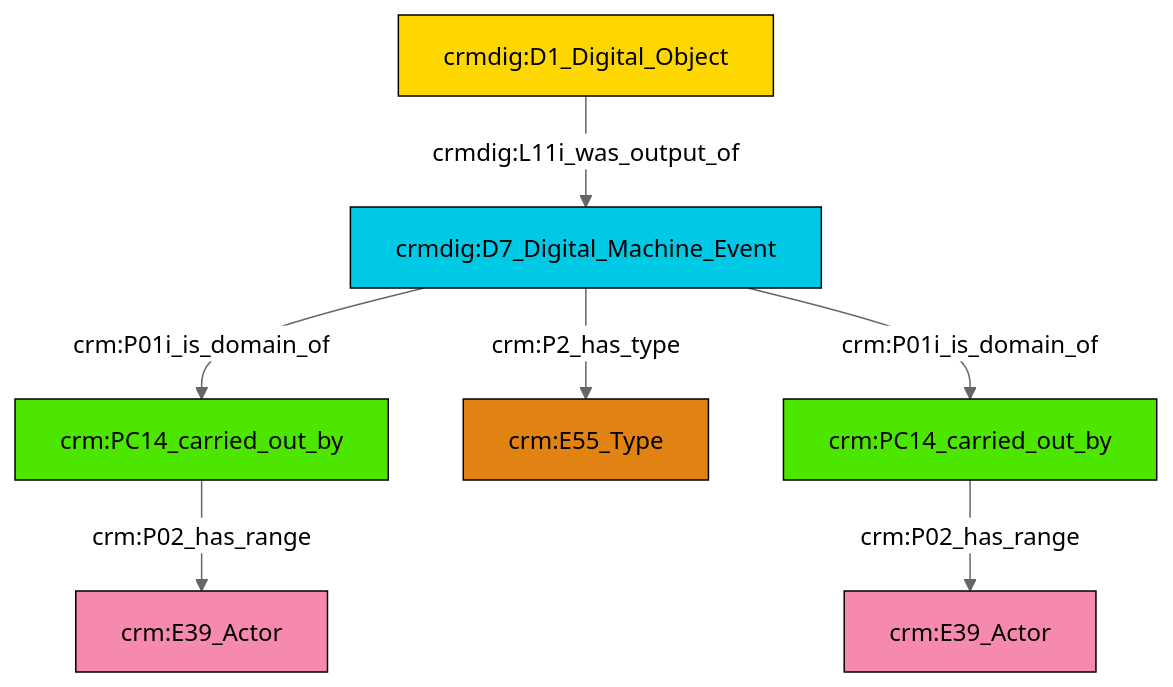
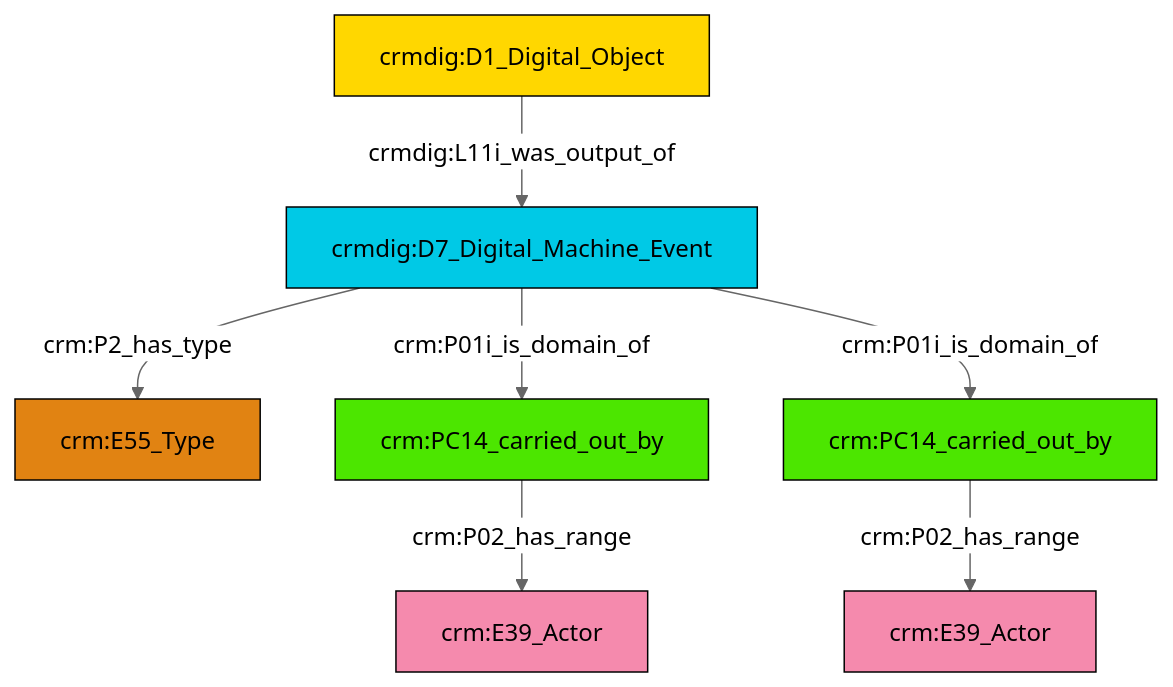
Before and after one commit to swiss-art-research-net/docs.swissartresearch: the diagram in et/doCSV/ttl/mmd/do_actor_relations.ttl.mmd, drawn with Mermaid (neutral theme). The commit also changed 175 other files, not shown here.

```diff
--- a/et/doCSV/ttl/mmd/do_actor_relations.ttl.mmd
+++ b/et/doCSV/ttl/mmd/do_actor_relations.ttl.mmd
@@ -1,21 +1,21 @@
 graph TD
 classDef Literal fill:#f2f2f2,stroke:#000000;
 classDef CRM_Entity fill:#FFFFFF,stroke:#000000;
 classDef Temporal_Entity fill:#00C9E6, stroke:#000000;
 classDef Type fill:#E18312, stroke:#000000;
 classDef Time-Span fill:#2C9C91, stroke:#000000;
 classDef Appellation fill:#FFEB7F, stroke:#000000;
 classDef Place fill:#008836, stroke:#000000;
 classDef Persistent_Item fill:#B266B2, stroke:#000000;
 classDef Conceptual_Object fill:#FFD700, stroke:#000000;
 classDef Physical_Thing fill:#D2B48C, stroke:#000000;
 classDef Actor fill:#f58aad, stroke:#000000;
 classDef PC_Classes fill:#4ce600, stroke:#000000;
 classDef Multi fill:#cccccc,stroke:#000000;
 
-2["crmdig:D1_Digital_Object"]:::Conceptual_Object -->|crmdig:L11i_was_output_of| 3["crmdig:D7_Digital_Machine_Event"]:::Temporal_Entity
-12["crm:PC14_carried_out_by"]:::PC_Classes -->|crm:P02_has_range| 8["crm:E39_Actor"]:::Actor
-3["crmdig:D7_Digital_Machine_Event"]:::Temporal_Entity -->|crm:P01i_is_domain_of| 4["crm:PC14_carried_out_by"]:::PC_Classes
-3["crmdig:D7_Digital_Machine_Event"]:::Temporal_Entity -->|crm:P01i_is_domain_of| 12["crm:PC14_carried_out_by"]:::PC_Classes
-4["crm:PC14_carried_out_by"]:::PC_Classes -->|crm:P02_has_range| 0["crm:E39_Actor"]:::Actor
-3["crmdig:D7_Digital_Machine_Event"]:::Temporal_Entity -->|crm:P2_has_type| 6["crm:E55_Type"]:::Type
+6["crm:PC14_carried_out_by"]:::PC_Classes -->|crm:P02_has_range| 0["crm:E39_Actor"]:::Actor
+9["crmdig:D7_Digital_Machine_Event"]:::Temporal_Entity -->|crm:P01i_is_domain_of| 10["crm:PC14_carried_out_by"]:::PC_Classes
+9["crmdig:D7_Digital_Machine_Event"]:::Temporal_Entity -->|crm:P01i_is_domain_of| 6["crm:PC14_carried_out_by"]:::PC_Classes
+9["crmdig:D7_Digital_Machine_Event"]:::Temporal_Entity -->|crm:P2_has_type| 4["crm:E55_Type"]:::Type
+10["crm:PC14_carried_out_by"]:::PC_Classes -->|crm:P02_has_range| 7["crm:E39_Actor"]:::Actor
+2["crmdig:D1_Digital_Object"]:::Conceptual_Object -->|crmdig:L11i_was_output_of| 9["crmdig:D7_Digital_Machine_Event"]:::Temporal_Entity
```
